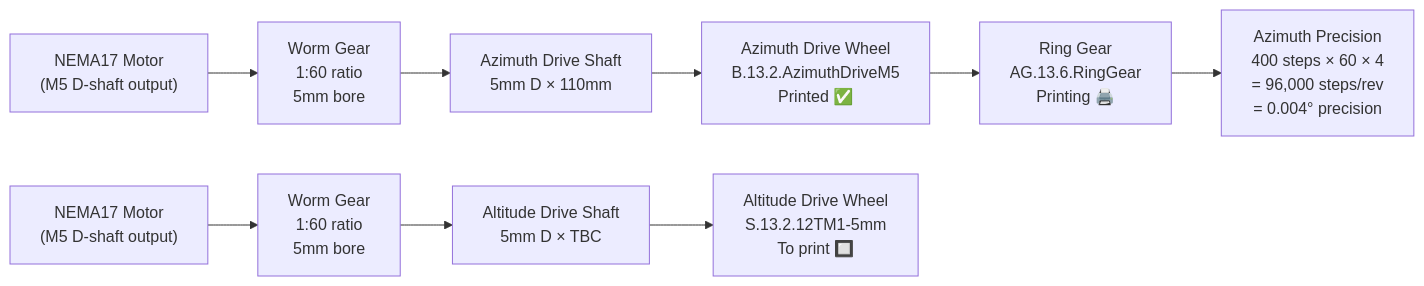
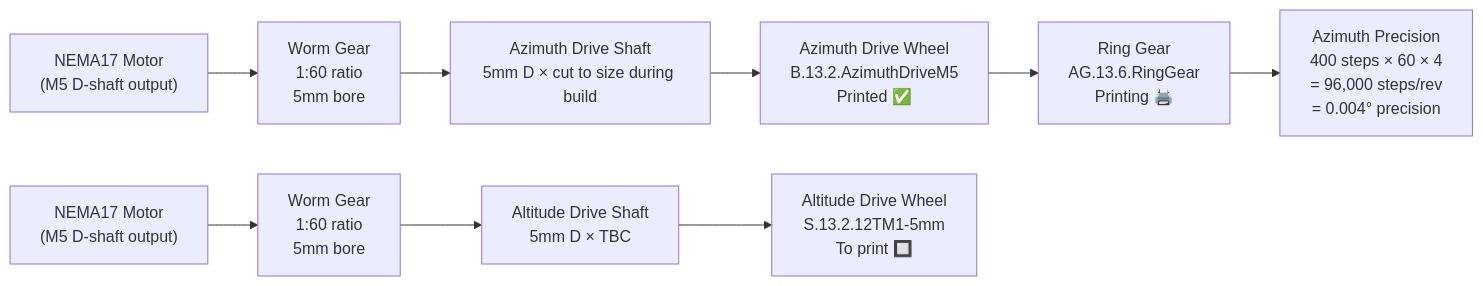
The sixth of 8 diagrams in docs/BUILD_TRACKER.md (Kgotso-Koete/pilomar), drawn with Mermaid before and after one commit. The commit also changed other lines of this file and 1 other file, not shown here.

Commit message:
Update shaft cutting strategy and use M5 bolts for lazy susan axles

````diff
--- a/docs/BUILD_TRACKER.md
+++ b/docs/BUILD_TRACKER.md
@@ -146,18 +146,18 @@
 ```mermaid
 flowchart LR
     NEMA1["NEMA17 Motor\n(M5 D-shaft output)"]
     WG1["Worm Gear\n1:60 ratio\n5mm bore"]
-    ADS["Azimuth Drive Shaft\n5mm D × 110mm"]
+    ADS["Azimuth Drive Shaft\n5mm D × cut to size during build"]
     ADW["Azimuth Drive Wheel\nB.13.2.AzimuthDriveM5\nPrinted ✅"]
     RG["Ring Gear\nAG.13.6.RingGear\nPrinting 🖨️"]
     RATIO["Azimuth Precision\n400 steps × 60 × 4\n= 96,000 steps/rev\n= 0.004° precision"]
 
     NEMA1 --> WG1 --> ADS --> ADW --> RG --> RATIO
 
     NEMA2["NEMA17 Motor\n(M5 D-shaft output)"]
     WG2["Worm Gear\n1:60 ratio\n5mm bore"]
     ALTS["Altitude Drive Shaft\n5mm D × TBC"]
     ALTW["Altitude Drive Wheel\nS.13.2.12TM1-5mm\nTo print 🔲"]
 
     NEMA2 --> WG2 --> ALTS --> ALTW
 ```
````
